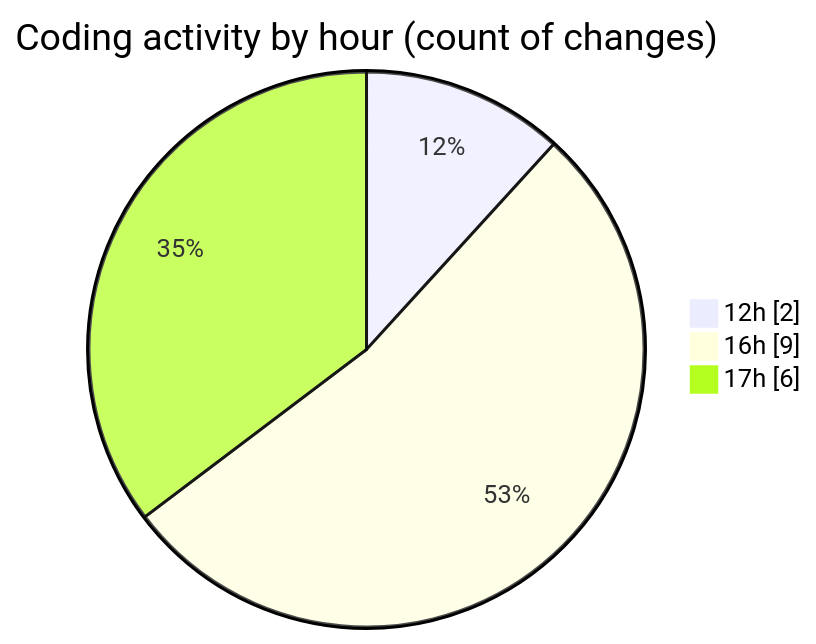
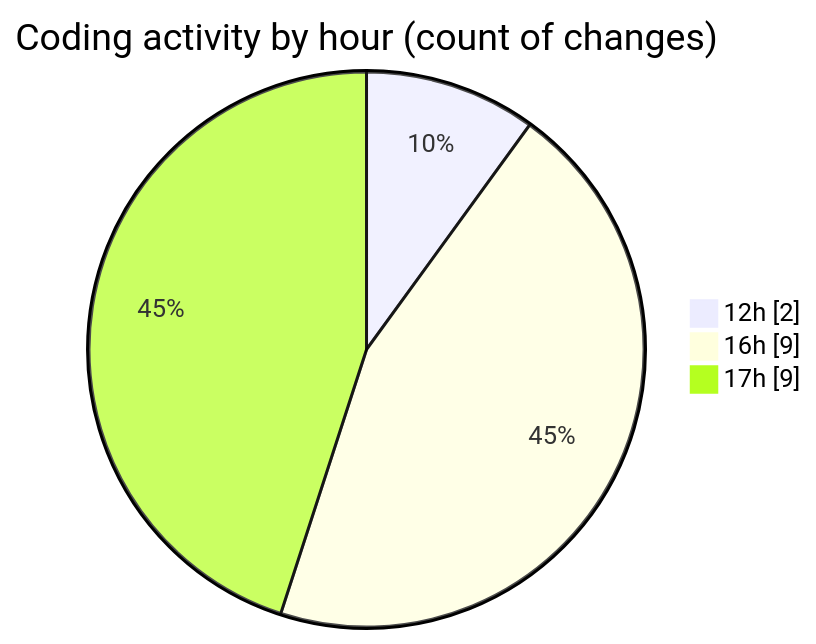
Before and after one commit to nxtqubesakshisongat/code-tracking: the second of 2 diagrams in 2026-07-24/nxtqube_webapp/README.md, drawn with Mermaid. The commit also changed other lines of this file and 1 other file, not shown here.

````diff
--- a/2026-07-24/nxtqube_webapp/README.md
+++ b/2026-07-24/nxtqube_webapp/README.md
@@ -36,7 +38,7 @@
 ```mermaid
 pie showData
 title Coding activity by hour (count of changes)
 "12h" : 2
 "16h" : 9
-"17h" : 6
+"17h" : 9
 ```
````
